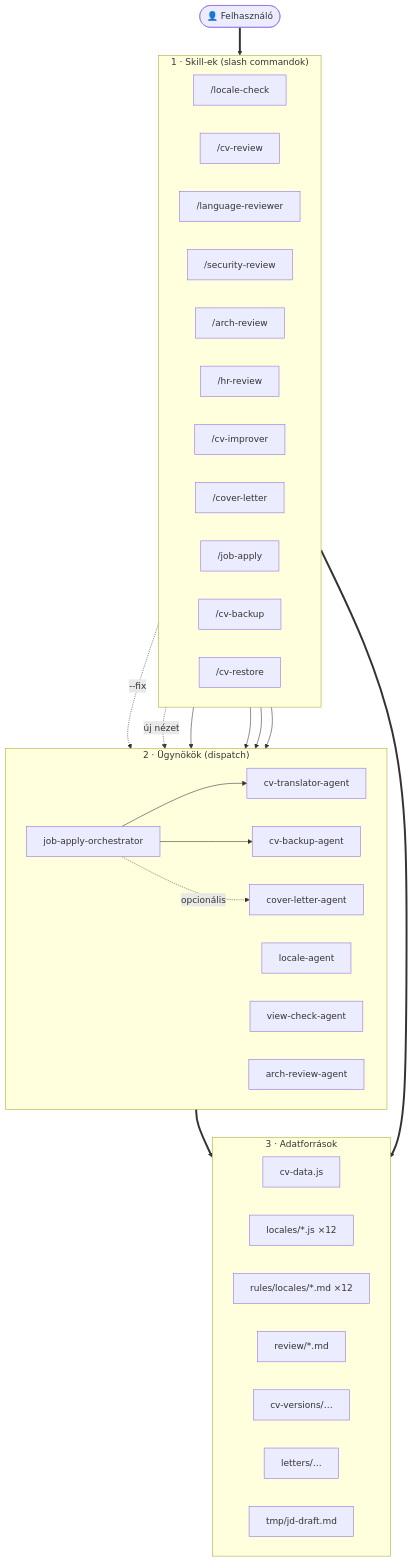
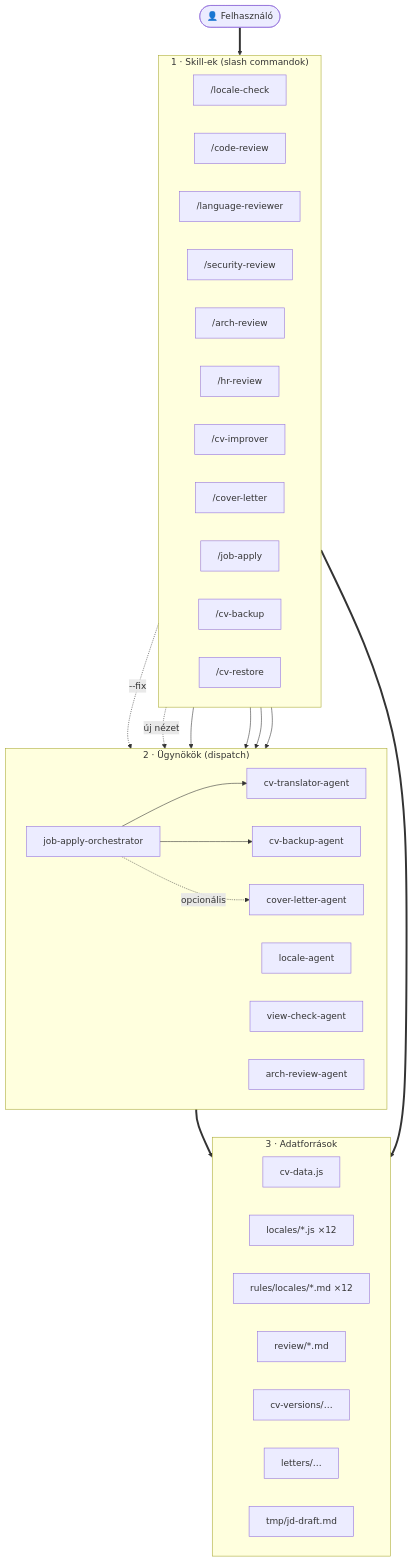
Before and after one commit to exphoenee/CV: the first of 5 diagrams in devdocs/ai-workflow.md, drawn with Mermaid. The commit also changed other lines of this file and 26 other files, not shown here.

````diff
--- a/devdocs/ai-workflow.md
+++ b/devdocs/ai-workflow.md
@@ -13,60 +13,60 @@
 ```mermaid
 graph TD
     User(["👤 Felhasználó"])
 
     subgraph Skills["1 · Skill-ek (slash commandok)"]
         direction LR
         LC["/locale-check"]
-        CR["/cv-review"]
+        CR["/code-review"]
         LR["/language-reviewer"]
         SR["/security-review"]
         AR["/arch-review"]
         HR["/hr-review"]
         CI["/cv-improver"]
         CL["/cover-letter"]
         JA["/job-apply"]
         CB["/cv-backup"]
         CVR["/cv-restore"]
     end
 
     subgraph Agents["2 · Ügynökök (dispatch)"]
         direction LR
         JAO["job-apply-orchestrator"]
         CTA["cv-translator-agent"]
         CBA["cv-backup-agent"]
         CLA["cover-letter-agent"]
         LA["locale-agent"]
         VCA["view-check-agent"]
         ARA["arch-review-agent"]
     end
 
     subgraph Data["3 · Adatforrások"]
         direction LR
         CVD["cv-data.js"]
         LOC["locales/*.js ×12"]
         RULES["rules/locales/*.md ×12"]
         REV["review/*.md"]
         VER["cv-versions/…"]
         LET["letters/…"]
         TMP["tmp/jd-draft.md"]
     end
 
     User ==> Skills
 
     %% Skill → ügynök dispatch (a szaggatott él feltételes)
     LC -. --fix .-> LA
     CR -. új nézet .-> VCA
     AR --> ARA
     CB --> CBA
     CL --> CLA
     JA --> JAO
 
     %% Orchestrator → al-ügynökök
     JAO --> CTA
     JAO --> CBA
     JAO -. opcionális .-> CLA
 
     %% Réteg → adat (összevont hozzáférés)
     Skills ==> Data
     Agents ==> Data
 ```
````
